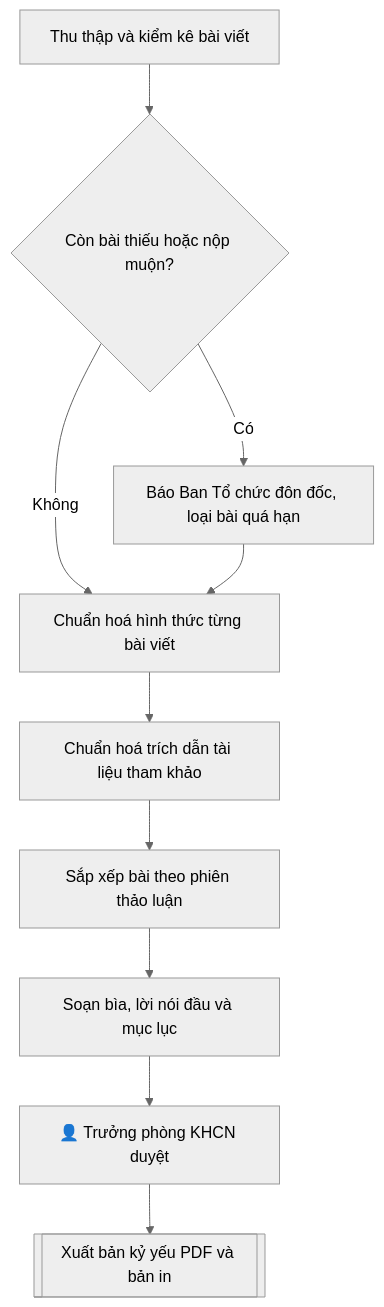
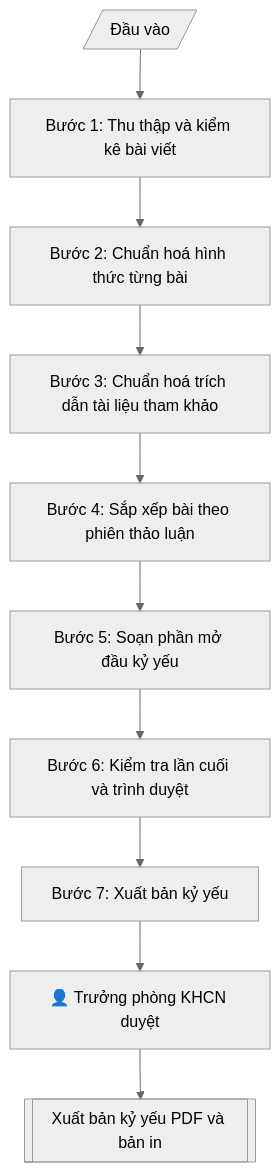
The diagram in skills/ky-yeu-hoi-thao/SKILL.md (phamtruong91/dh-skills), drawn with Mermaid (neutral theme) before and after one commit. The commit also changed 124 other files, not shown here.

````diff
--- a/skills/ky-yeu-hoi-thao/SKILL.md
+++ b/skills/ky-yeu-hoi-thao/SKILL.md
@@ -94,12 +94,12 @@
 ```mermaid
 flowchart TD
-    A["Thu thập và kiểm kê bài viết"] --> B{"Còn bài thiếu hoặc nộp muộn?"}
-    B -->|Có| C["Báo Ban Tổ chức đôn đốc, loại bài quá hạn"]
-    B -->|Không| D["Chuẩn hoá hình thức từng bài viết"]
-    C --> D
-    D --> E["Chuẩn hoá trích dẫn tài liệu tham khảo"]
-    E --> F["Sắp xếp bài theo phiên thảo luận"]
-    F --> G["Soạn bìa, lời nói đầu và mục lục"]
-    G --> HG["👤 Trưởng phòng KHCN duyệt"]
-    HG --> Z[["Xuất bản kỷ yếu PDF và bản in"]]
+    IN[/"Đầu vào"/] --> B1["Bước 1: Thu thập và kiểm kê bài viết"]
+    B1 --> B2["Bước 2: Chuẩn hoá hình thức từng bài"]
+    B2 --> B3["Bước 3: Chuẩn hoá trích dẫn tài liệu tham khảo"]
+    B3 --> B4["Bước 4: Sắp xếp bài theo phiên thảo luận"]
+    B4 --> B5["Bước 5: Soạn phần mở đầu kỷ yếu"]
+    B5 --> B6["Bước 6: Kiểm tra lần cuối và trình duyệt"]
+    B6 --> B7["Bước 7: Xuất bản kỷ yếu"]
+    B7 --> HG["👤 Trưởng phòng KHCN duyệt"]
+    HG --> OUT[["Xuất bản kỷ yếu PDF và bản in"]]
 ```
````
